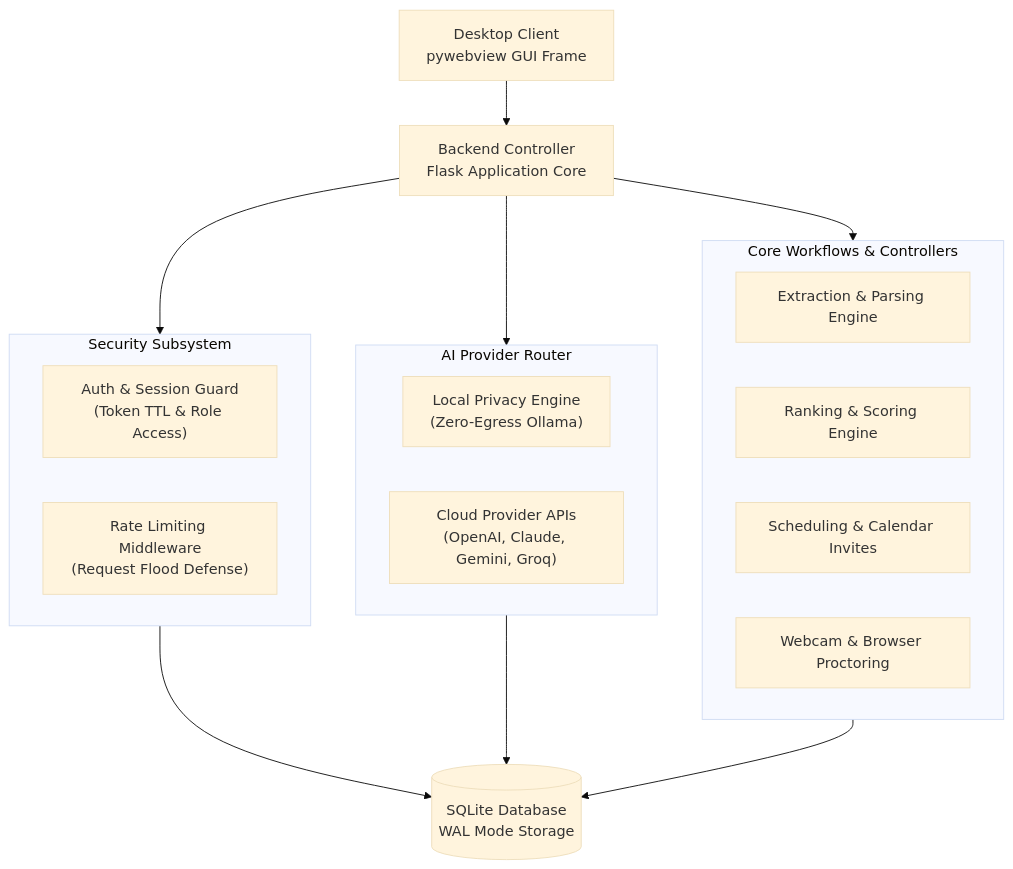
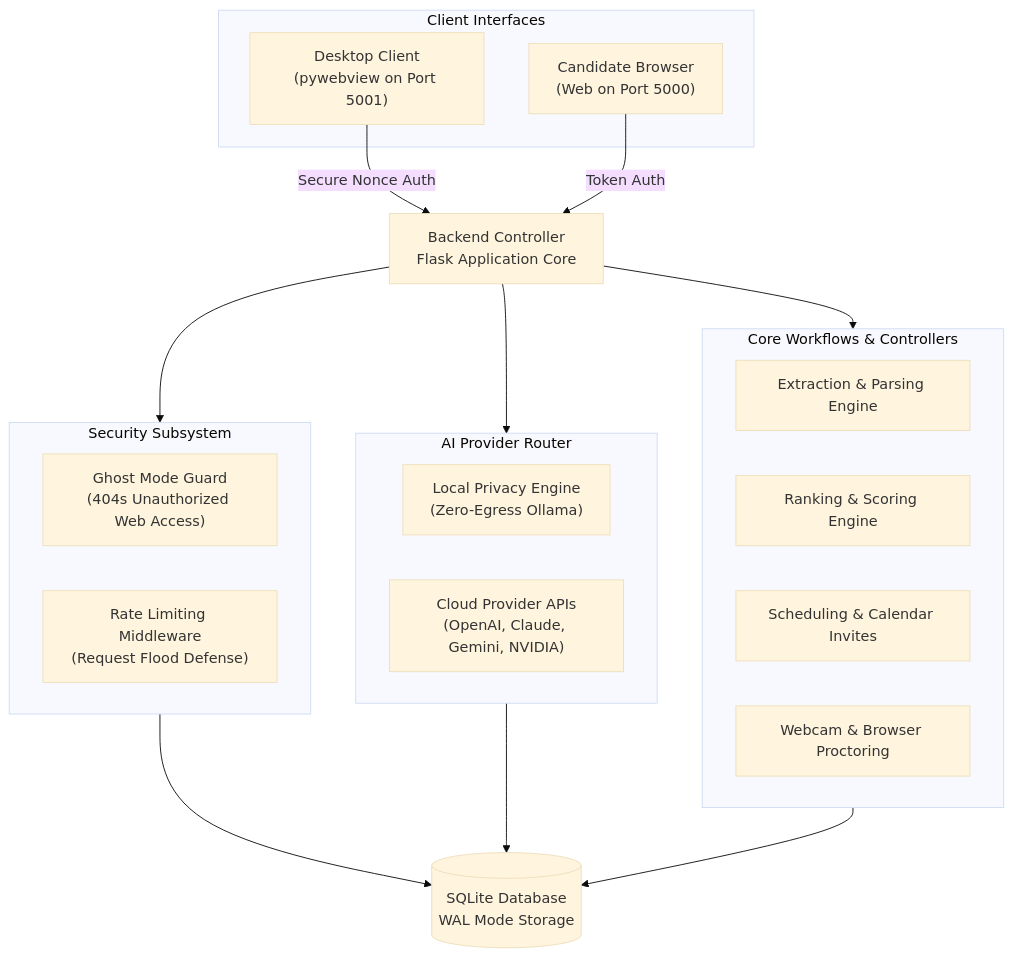
The second of 2 diagrams in README.md (shrs425p/AI-Recruitment-System), drawn with Mermaid (base theme) before and after one commit. The commit also changed other lines of this file, not shown here.

````diff
--- a/README.md
+++ b/README.md
@@ -52,29 +57,35 @@
 ```mermaid
 graph TD
-    Client["Desktop Client<br/>pywebview GUI Frame"] --> FlaskCore["Backend Controller<br/>Flask Application Core"]
+    subgraph ClientLayer["Client Interfaces"]
+        Desktop["Desktop Client<br/>(pywebview on Port 5001)"]
+        Browser["Candidate Browser<br/>(Web on Port 5000)"]
+    end
+
+    Desktop -->|Secure Nonce Auth| FlaskCore["Backend Controller<br/>Flask Application Core"]
+    Browser -->|Token Auth| FlaskCore
 
     subgraph SecurityLayer["Security Subsystem"]
-        AuthGuard["Auth & Session Guard<br/>(Token TTL & Role Access)"]
+        AuthGuard["Ghost Mode Guard<br/>(404s Unauthorized Web Access)"]
         RateLimiter["Rate Limiting Middleware<br/>(Request Flood Defense)"]
     end
 
     subgraph AIRoutingLayer["AI Provider Router"]
         PrivacyEngine["Local Privacy Engine<br/>(Zero-Egress Ollama)"]
-        CloudEngine["Cloud Provider APIs<br/>(OpenAI, Claude, Gemini, Groq)"]
+        CloudEngine["Cloud Provider APIs<br/>(OpenAI, Claude, Gemini, NVIDIA)"]
     end
 
     subgraph ServiceLayer["Core Workflows & Controllers"]
         ParsingService["Extraction & Parsing Engine"]
         RankingService["Ranking & Scoring Engine"]
         SchedulingService["Scheduling & Calendar Invites"]
         ProctorService["Webcam & Browser Proctoring"]
     end
 
     FlaskCore --> SecurityLayer
     FlaskCore --> AIRoutingLayer
     FlaskCore --> ServiceLayer
 
     SecurityLayer --> Storage[("SQLite Database<br/>WAL Mode Storage")]
     AIRoutingLayer --> Storage
     ServiceLayer --> Storage
 ```
````
